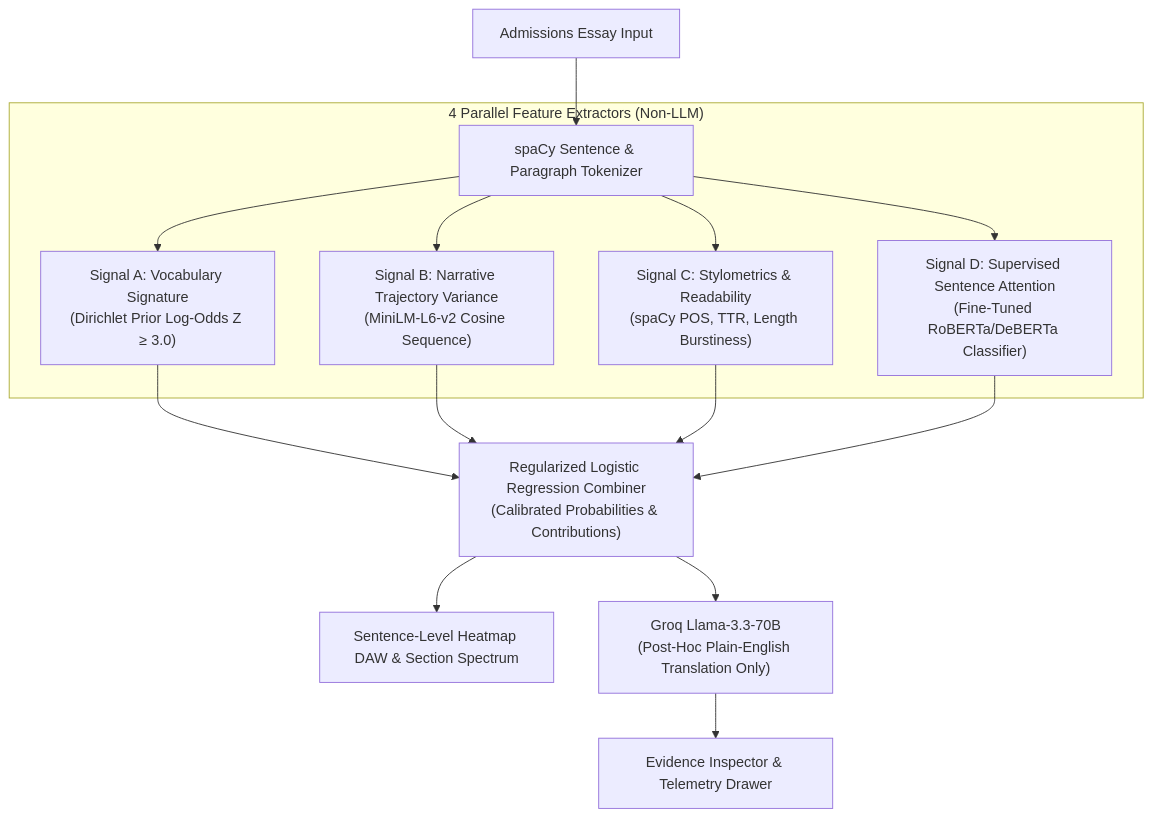
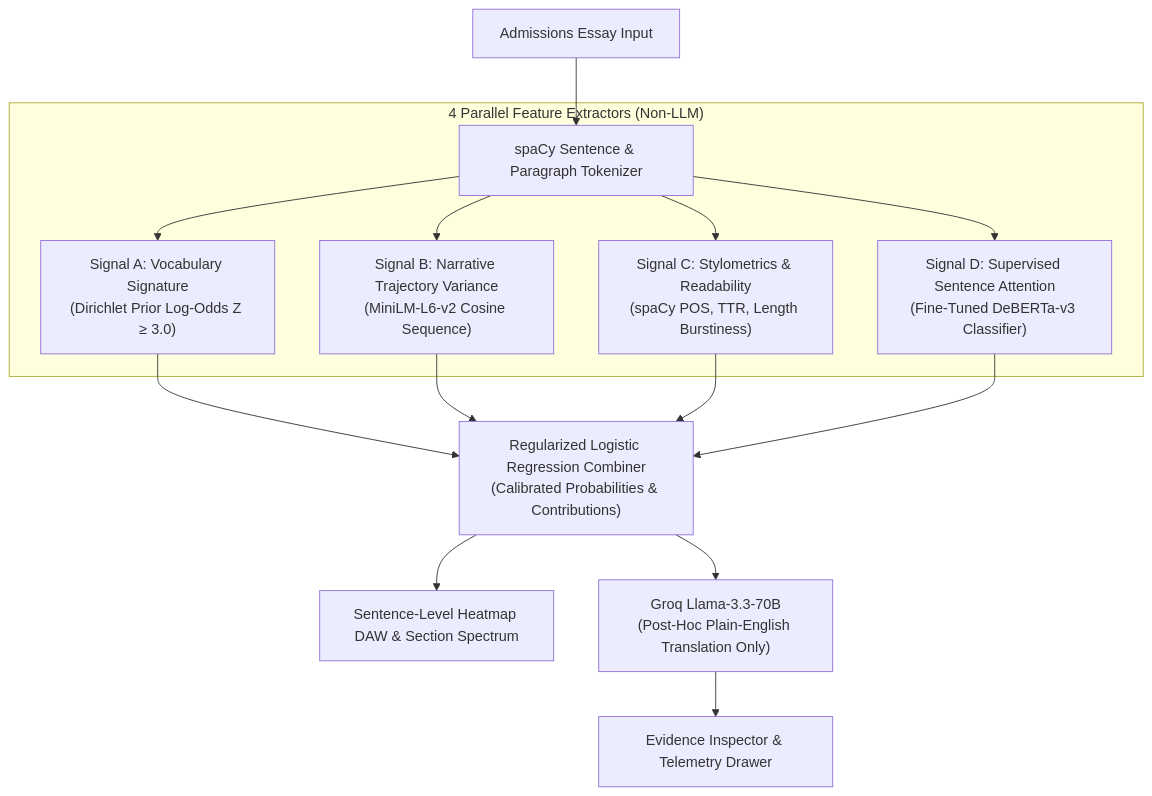
Before and after one commit to beastzex/VeritasAI_AIDetection_Hackathon_Submission: the diagram in README.md, drawn with Mermaid. The commit also changed other lines of this file and 3 other files, not shown here.

````diff
--- a/README.md
+++ b/README.md
@@ -27,20 +61,20 @@
 ```mermaid
 graph TD
     A[Admissions Essay Input] --> B[spaCy Sentence & Paragraph Tokenizer]
     
     subgraph "4 Parallel Feature Extractors (Non-LLM)"
         B --> S1["Signal A: Vocabulary Signature<br/>(Dirichlet Prior Log-Odds Z ≥ 3.0)"]
         B --> S2["Signal B: Narrative Trajectory Variance<br/>(MiniLM-L6-v2 Cosine Sequence)"]
         B --> S3["Signal C: Stylometrics & Readability<br/>(spaCy POS, TTR, Length Burstiness)"]
-        B --> S4["Signal D: Supervised Sentence Attention<br/>(Fine-Tuned RoBERTa/DeBERTa Classifier)"]
+        B --> S4["Signal D: Supervised Sentence Attention<br/>(Fine-Tuned DeBERTa-v3 Classifier)"]
     end
     
     S1 --> C["Regularized Logistic Regression Combiner<br/>(Calibrated Probabilities & Contributions)"]
     S2 --> C
     S3 --> C
     S4 --> C
     
     C --> H["Sentence-Level Heatmap DAW & Section Spectrum"]
     C --> G["Groq Llama-3.3-70B<br/>(Post-Hoc Plain-English Translation Only)"]
     G --> UI["Evidence Inspector & Telemetry Drawer"]
 ```
````
